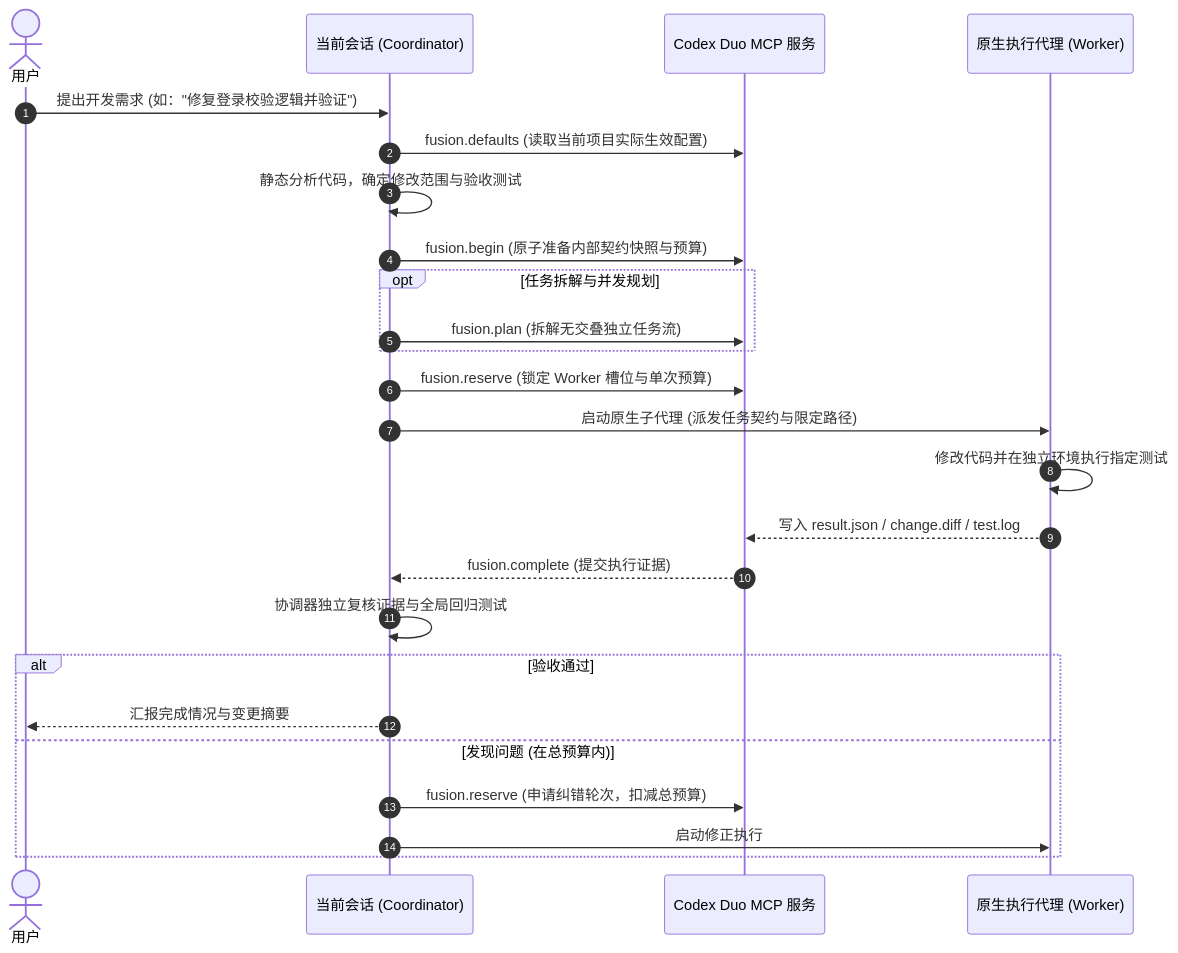
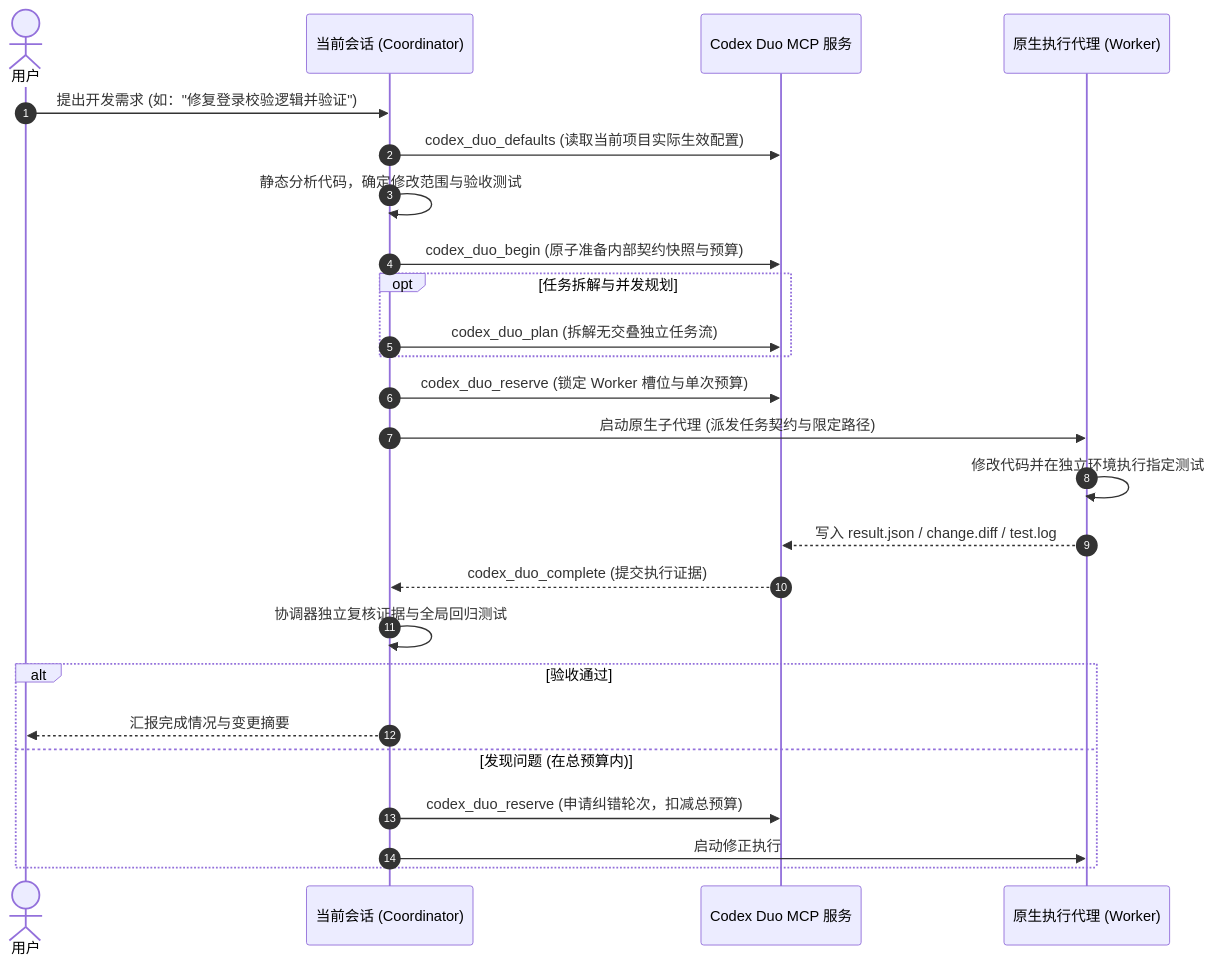
The diagram in README.md (kolawong/codex-duo), drawn with Mermaid before and after one commit. The commit also changed other lines of this file and 139 other files, not shown here.

Commit message:
feat: release Codex Duo 0.9.8

````diff
--- a/README.md
+++ b/README.md
@@ -64,28 +64,28 @@
 ```mermaid
 sequenceDiagram
     autonumber
     actor User as 用户
     participant Coord as 当前会话 (Coordinator)
     participant MCP as Codex Duo MCP 服务
     participant Worker as 原生执行代理 (Worker)
 
     User->>Coord: 提出开发需求 (如："修复登录校验逻辑并验证")
-    Coord->>MCP: fusion.defaults (读取当前项目实际生效配置)
+    Coord->>MCP: codex_duo_defaults (读取当前项目实际生效配置)
     Coord->>Coord: 静态分析代码，确定修改范围与验收测试
-    Coord->>MCP: fusion.begin (原子准备内部契约快照与预算)
+    Coord->>MCP: codex_duo_begin (原子准备内部契约快照与预算)
     opt 任务拆解与并发规划
-        Coord->>MCP: fusion.plan (拆解无交叠独立任务流)
+        Coord->>MCP: codex_duo_plan (拆解无交叠独立任务流)
     end
-    Coord->>MCP: fusion.reserve (锁定 Worker 槽位与单次预算)
+    Coord->>MCP: codex_duo_reserve (锁定 Worker 槽位与单次预算)
     Coord->>Worker: 启动原生子代理 (派发任务契约与限定路径)
     Worker->>Worker: 修改代码并在独立环境执行指定测试
     Worker-->>MCP: 写入 result.json / change.diff / test.log
-    MCP-->>Coord: fusion.complete (提交执行证据)
+    MCP-->>Coord: codex_duo_complete (提交执行证据)
     Coord->>Coord: 协调器独立复核证据与全局回归测试
     alt 验收通过
         Coord-->>User: 汇报完成情况与变更摘要
     else 发现问题 (在总预算内)
-        Coord->>MCP: fusion.reserve (申请纠错轮次，扣减总预算)
+        Coord->>MCP: codex_duo_reserve (申请纠错轮次，扣减总预算)
         Coord->>Worker: 启动修正执行
     end
 ```
````
